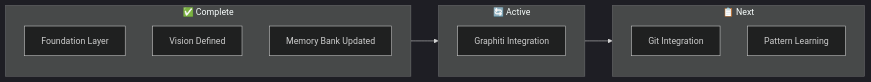
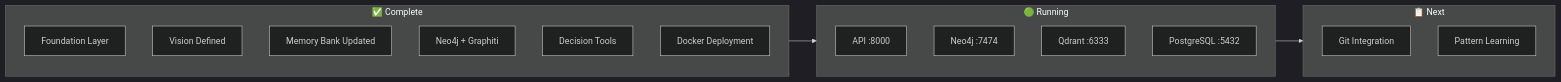
Before and after one commit to zad0xlik/sigma-evolve: the first of 4 diagrams in memory-bank/activeContext.md, drawn with Mermaid (dark theme). The commit also changed other lines of this file and 17 other files, not shown here.

````diff
--- a/memory-bank/activeContext.md
+++ b/memory-bank/activeContext.md
@@ -8,19 +8,25 @@
 ```mermaid
 flowchart LR
     subgraph Complete["✅ Complete"]
         FOUND[Foundation Layer]
         VISION[Vision Defined]
         DOCS[Memory Bank Updated]
+        NEO[Neo4j + Graphiti]
+        TOOLS[Decision Tools]
+        DEPLOY[Docker Deployment]
     end
     
-    subgraph Active["🔄 Active"]
-        GRAPH[Graphiti Integration]
+    subgraph Running["🟢 Running"]
+        API[API :8000]
+        NEO4J[Neo4j :7474]
+        QD[Qdrant :6333]
+        PG[PostgreSQL :5432]
     end
     
     subgraph Next["📋 Next"]
         GIT[Git Integration]
         PATTERN[Pattern Learning]
     end
     
-    Complete --> Active --> Next
+    Complete --> Running --> Next
 ```
````
